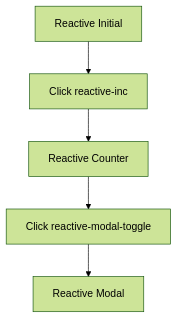
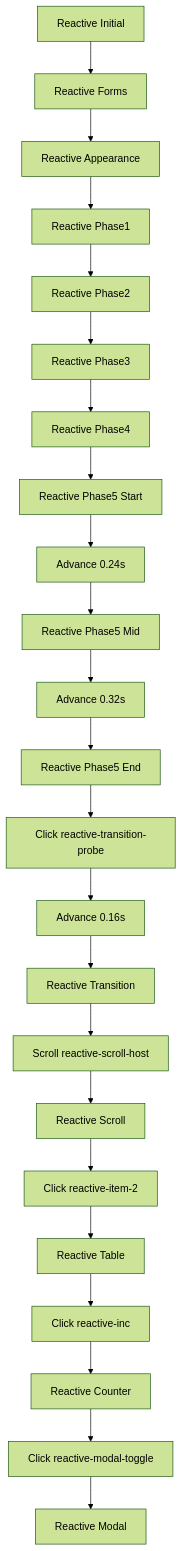
One commit to MightyBubble/Ludots changed the diagram in artifacts/acceptance/ui-showcase-reactive/path.mmd. Above: the diagram before and after it, drawn with Mermaid (forest theme). The commit also changed 194 other files, not shown here.

```diff
--- a/artifacts/acceptance/ui-showcase-reactive/path.mmd
+++ b/artifacts/acceptance/ui-showcase-reactive/path.mmd
@@ -1,5 +1,23 @@
 flowchart TD
-    A[Reactive Initial] --> B[Click reactive-inc]
-    B --> C[Reactive Counter]
-    C --> D[Click reactive-modal-toggle]
-    D --> E[Reactive Modal]
+    A[Reactive Initial] --> B[Reactive Forms]
+    B --> C[Reactive Appearance]
+    C --> D[Reactive Phase1]
+    D --> E[Reactive Phase2]
+    E --> F[Reactive Phase3]
+    F --> G[Reactive Phase4]
+    G --> H[Reactive Phase5 Start]
+    H --> I[Advance 0.24s]
+    I --> J[Reactive Phase5 Mid]
+    J --> K[Advance 0.32s]
+    K --> L[Reactive Phase5 End]
+    L --> M[Click reactive-transition-probe]
+    M --> N[Advance 0.16s]
+    N --> O[Reactive Transition]
+    O --> P[Scroll reactive-scroll-host]
+    P --> Q[Reactive Scroll]
+    Q --> R[Click reactive-item-2]
+    R --> S[Reactive Table]
+    S --> T[Click reactive-inc]
+    T --> U[Reactive Counter]
+    U --> V[Click reactive-modal-toggle]
+    V --> W[Reactive Modal]
```
